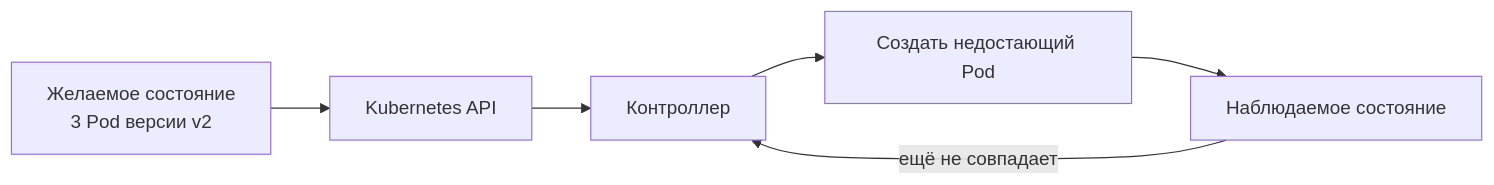
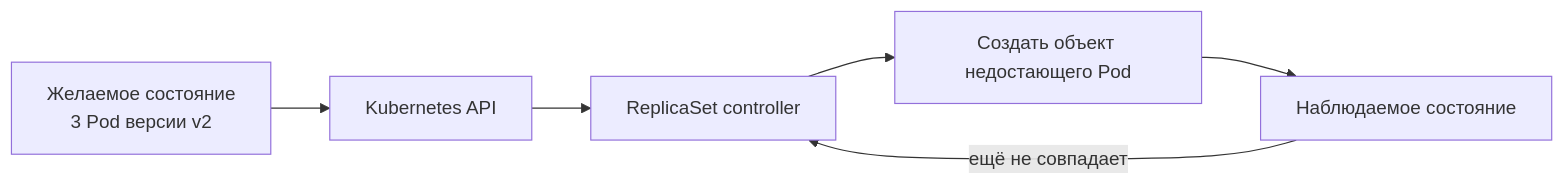
Before and after one commit to fev0ks/LearnGoLang: the first of 3 diagrams in docs/senior-golang-study/10-devops-and-observability/kubernetes/01-kubernetes-architecture.md, drawn with Mermaid. The commit also changed other lines of this file, not shown here.

Commit message:
Clarify Kubernetes architecture components

````diff
--- a/docs/senior-golang-study/10-devops-and-observability/kubernetes/01-kubernetes-architecture.md
+++ b/docs/senior-golang-study/10-devops-and-observability/kubernetes/01-kubernetes-architecture.md
@@ -105,8 +105,8 @@
 ```mermaid
 flowchart LR
     Desired["Желаемое состояние<br/>3 Pod версии v2"] --> API["Kubernetes API"]
-    API --> Controller["Контроллер"]
-    Controller --> Action["Создать недостающий Pod"]
+    API --> Controller["ReplicaSet controller"]
+    Controller --> Action["Создать объект недостающего Pod"]
     Action --> Observed["Наблюдаемое состояние"]
     Observed -->|"ещё не совпадает"| Controller
 ```
````
